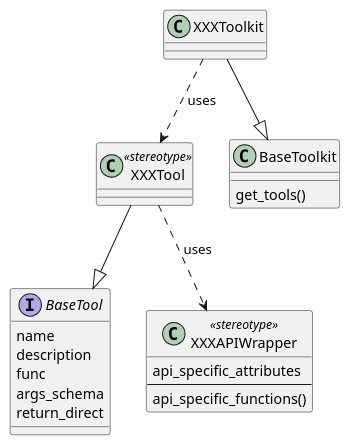
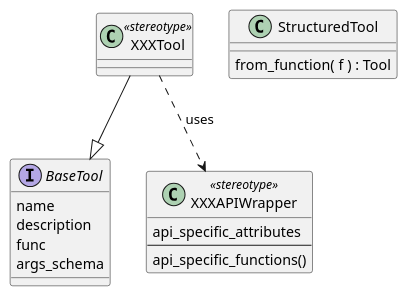
One commit to acloudfan/gen-ai-app-dev changed the diagram in LangChain/puml/tools-toolkits.puml. Above: the diagram before and after it, drawn with PlantUML. The commit also changed 1 other file, not shown here.

```diff
--- a/LangChain/puml/tools-toolkits.puml
+++ b/LangChain/puml/tools-toolkits.puml
@@ -1,35 +1,38 @@
 @startuml
 
 interface BaseTool {
     name
     description
     func
     args_schema
-    return_direct
 }
 
 class  XXXTool <<stereotype>> {}
 XXXTool --|> BaseTool
 
 class   XXXAPIWrapper <<stereotype>> {
     api_specific_attributes
     ---
     api_specific_functions()
 }
 
 XXXTool ..> XXXAPIWrapper : uses 
 
 ' https://api.python.langchain.com/en/latest/tools/langchain_core.tools.BaseToolkit.html#langchain_core.tools.BaseToolkit
-class BaseToolkit{
-    get_tools()
-}
+' class BaseToolkit{
+'     get_tools()
+' }
 
 ' class XXXToolkit{}
-XXXToolkit --|> BaseToolkit
+' XXXToolkit --|> BaseToolkit
 
 ' https://blog.langchain.dev/structured-tools/
 ' class StructuredTool{}
 
-XXXToolkit ..> XXXTool : uses
+' XXXToolkit ..> XXXTool : uses
+
+class StructuredTool {
+    from_function( f ) : Tool
+}
 
 @enduml
```
